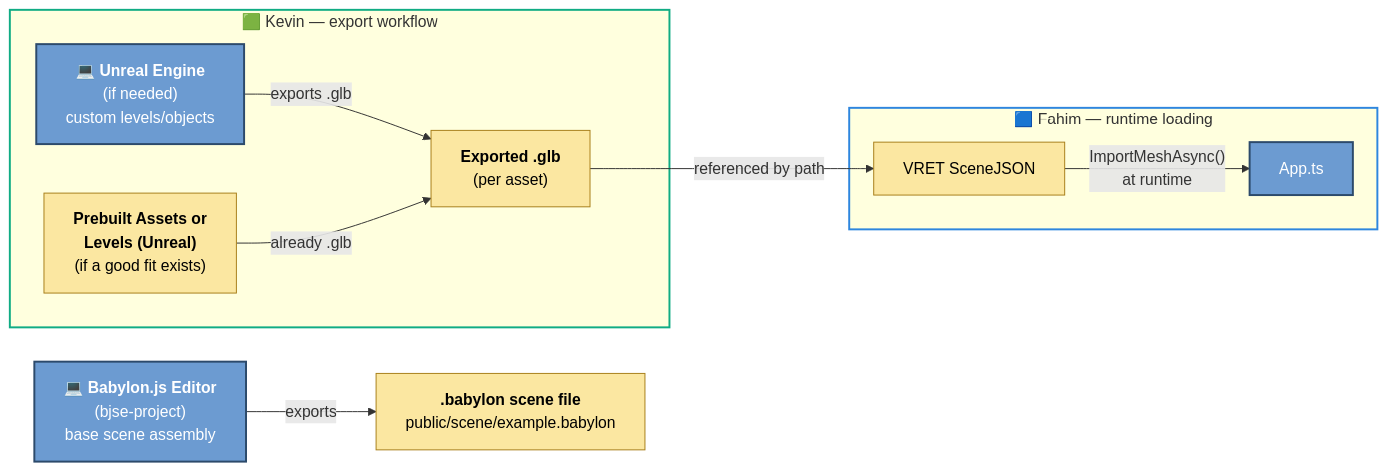
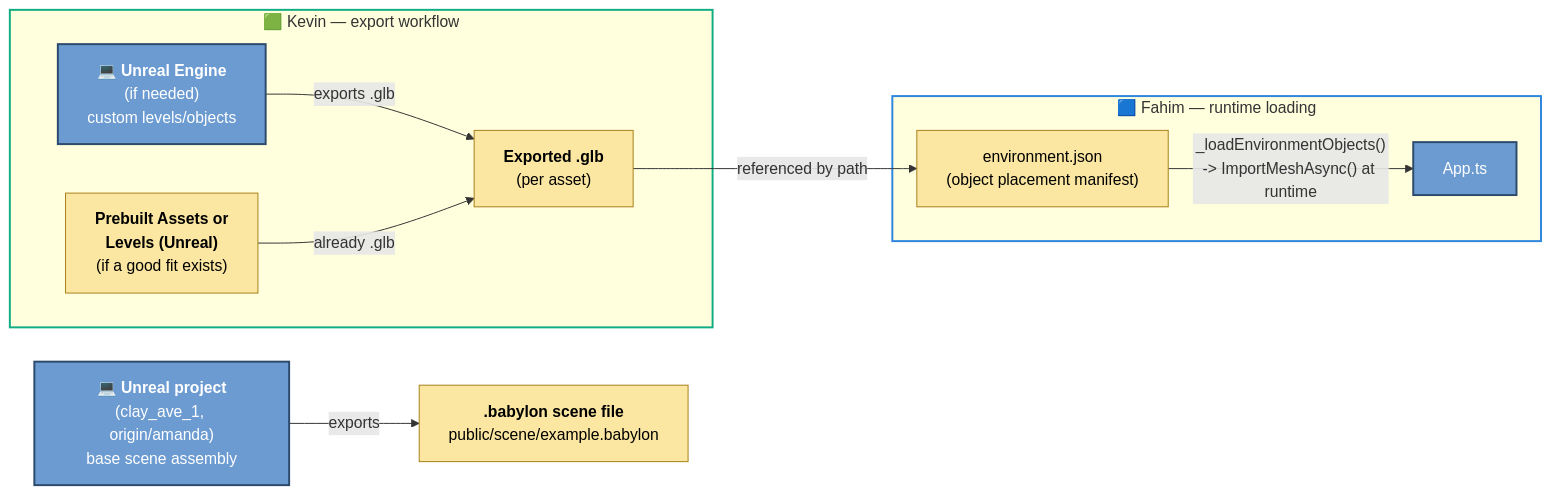
Before and after one commit to SBU-VRET/VRET-Project: the third of 8 diagrams in docs/TECH_PIPELINE.md, drawn with Mermaid. The commit also changed other lines of this file and 12 other files, not shown here.

Commit message:
Add runtime .glb object loading via a new environment.json placement manifest, and bring TECH_PIPELINE/ANIMATION_PIPELINE docs in line with it. Update team PLAN.md files with this week's meeting progress and the idle-vs-regular animation ownership split.

````diff
--- a/docs/TECH_PIPELINE.md
+++ b/docs/TECH_PIPELINE.md
@@ -112,19 +112,19 @@
 ```mermaid
 flowchart LR
     subgraph K2["🟩 Kevin — export workflow"]
     Unreal["💻 <b>Unreal Engine</b><br/>(if needed)<br/>custom levels/objects"] -->|"exports .glb"| GLB["<b>Exported .glb</b><br/>(per asset)"]
     Prebuilt["<b>Prebuilt Assets or<br/>Levels (Unreal)</b><br/>(if a good fit exists)"] -->|"already .glb"| GLB
     end
     subgraph F2["🟦 Fahim — runtime loading"]
-    GLB -->|"referenced by path"| SceneJSON["VRET SceneJSON"]
-    SceneJSON -->|"ImportMeshAsync()<br/>at runtime"| AppTS["App.ts"]
+    GLB -->|"referenced by path"| EnvJSON["environment.json<br/>(object placement manifest)"]
+    EnvJSON -->|"_loadEnvironmentObjects()<br/>-> ImportMeshAsync() at runtime"| AppTS["App.ts"]
     end
-    BJSE["💻 <b>Babylon.js Editor</b><br/>(bjse-project)<br/>base scene assembly"] -->|exports| BabylonScene["<b>.babylon scene file</b><br/>public/scene/example.babylon"]
+    BJSE["💻 <b>Unreal project</b><br/>(clay_ave_1, origin/amanda)<br/>base scene assembly"] -->|exports| BabylonScene["<b>.babylon scene file</b><br/>public/scene/example.babylon"]
 
     style K2 stroke:#10AC84,stroke-width:2px
     style F2 stroke:#2E86DE,stroke-width:2px
     classDef tool fill:#6c9bd1,stroke:#2c4a6b,stroke-width:2px,color:#fff;
     classDef artifact fill:#fbe7a1,stroke:#a87f1a,stroke-width:1px,color:#000;
     class Unreal,BJSE,AppTS tool
-    class GLB,Prebuilt,BabylonScene,SceneJSON artifact
+    class GLB,Prebuilt,BabylonScene,EnvJSON artifact
 ```
````
